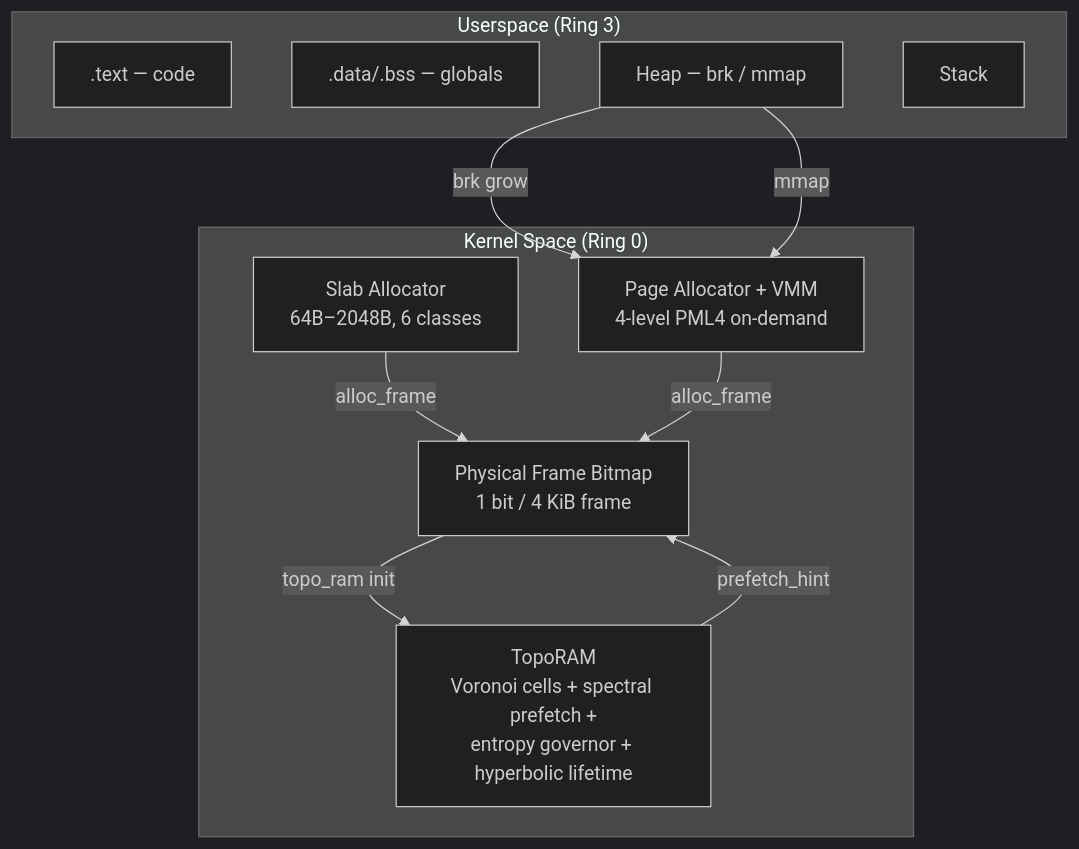
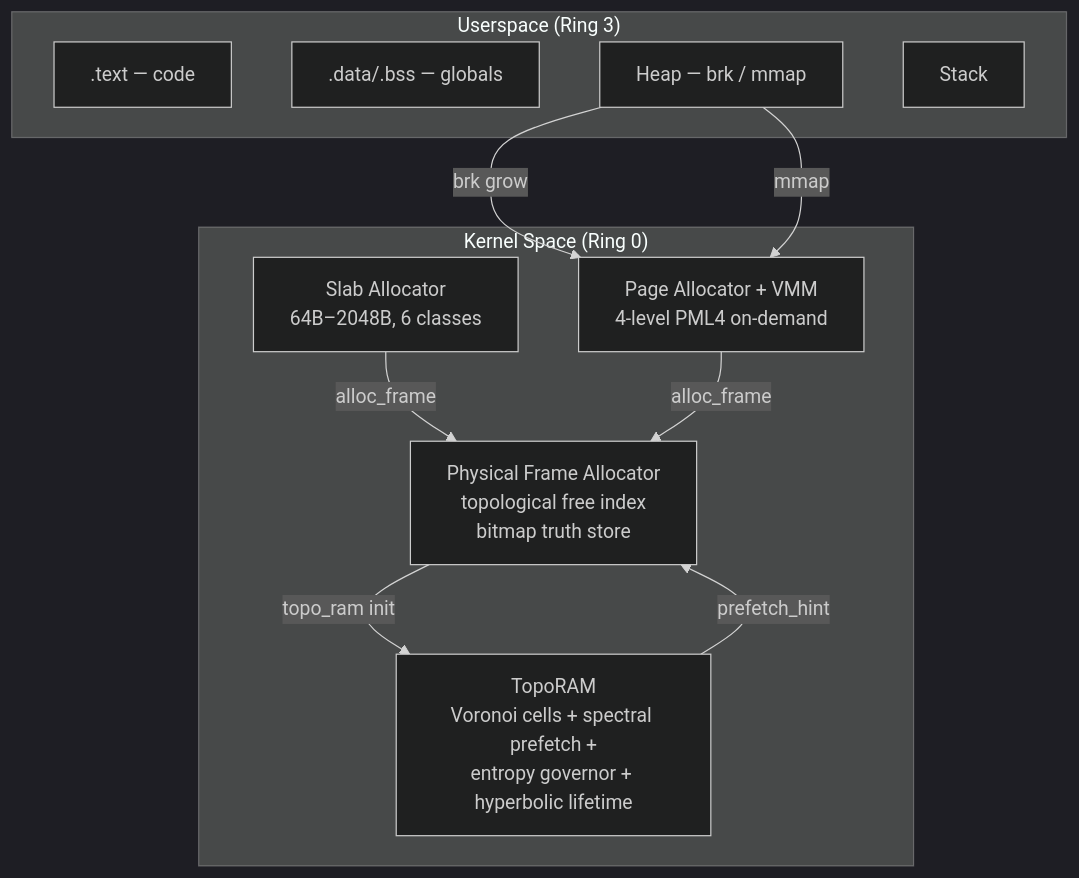
Before and after one commit to teerthsharma/Epsilon-Hollow: the fourth of 18 diagrams in README.md, drawn with Mermaid (dark theme). The commit also changed other lines of this file and 110 other files, not shown here.

````diff
--- a/README.md
+++ b/README.md
@@ -497,23 +528,23 @@
 ```mermaid
 flowchart TB
-    subgraph "Userspace (Ring 3)"
+    subgraph SG14["Userspace (Ring 3)"]
         U_TEXT[".text — code"]
         U_DATA[".data/.bss — globals"]
         U_HEAP["Heap — brk / mmap"]
         U_STACK["Stack"]
     end
 
-    subgraph "Kernel Space (Ring 0)"
+    subgraph SG15["Kernel Space (Ring 0)"]
         K_SLAB["Slab Allocator<br/>64B–2048B, 6 classes"]
         K_PAGE["Page Allocator + VMM<br/>4-level PML4 on-demand"]
-        K_PHYS["Physical Frame Bitmap<br/>1 bit / 4 KiB frame"]
+        K_PHYS["Physical Frame Allocator<br/>topological free index<br/>bitmap truth store"]
         K_TOPO["TopoRAM<br/>Voronoi cells + spectral prefetch +<br/>entropy governor + hyperbolic lifetime"]
     end
 
     U_HEAP -->|brk grow| K_PAGE
     U_HEAP -->|mmap| K_PAGE
     K_SLAB -->|alloc_frame| K_PHYS
     K_PAGE -->|alloc_frame| K_PHYS
     K_TOPO -->|prefetch_hint| K_PHYS
     K_PHYS -->|topo_ram init| K_TOPO
 ```
````
